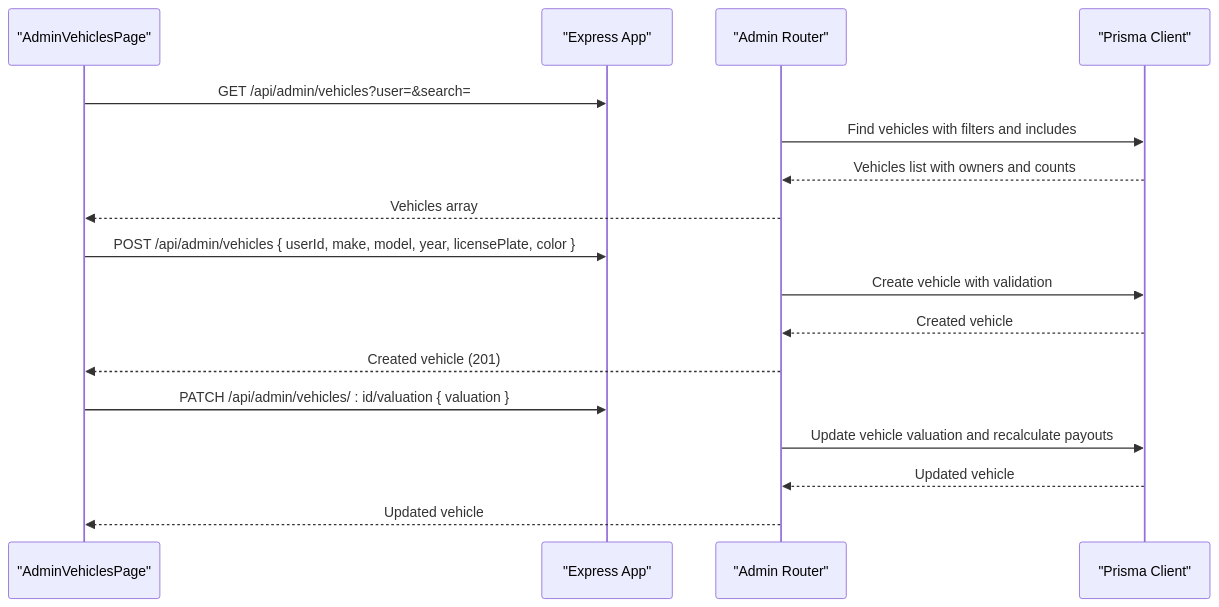
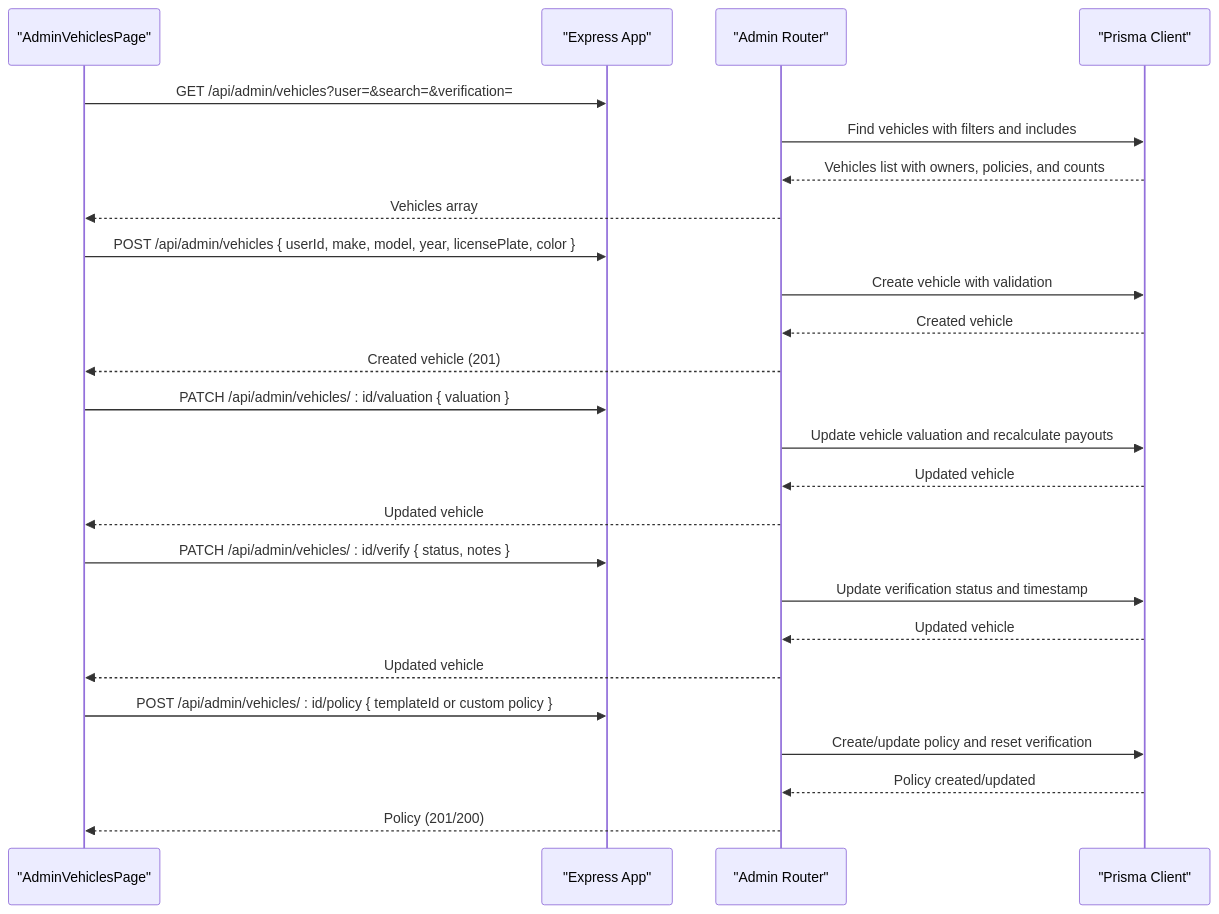
Before and after one commit to NaveenHiranya/Smart-Vehicle-Insurance-Claim-System: the sixth of 12 diagrams in .qoder/repowiki/en/content/Backend Documentation/API Endpoints Reference/Administrative Endpoints.md, drawn with Mermaid. The commit also changed other lines of this file and 21 other files, not shown here.

````diff
--- a/.qoder/repowiki/en/content/Backend Documentation/API Endpoints Reference/Administrative Endpoints.md
+++ b/.qoder/repowiki/en/content/Backend Documentation/API Endpoints Reference/Administrative Endpoints.md
@@ -287,19 +289,27 @@
 ```mermaid
 sequenceDiagram
 participant FE as "AdminVehiclesPage"
 participant API as "Express App"
 participant AR as "Admin Router"
 participant DB as "Prisma Client"
-FE->>API : GET /api/admin/vehicles?user=&search=
+FE->>API : GET /api/admin/vehicles?user=&search=&verification=
 AR->>DB : Find vehicles with filters and includes
-DB-->>AR : Vehicles list with owners and counts
+DB-->>AR : Vehicles list with owners, policies, and counts
 AR-->>FE : Vehicles array
 FE->>API : POST /api/admin/vehicles { userId, make, model, year, licensePlate, color }
 AR->>DB : Create vehicle with validation
 DB-->>AR : Created vehicle
 AR-->>FE : Created vehicle (201)
 FE->>API : PATCH /api/admin/vehicles/ : id/valuation { valuation }
 AR->>DB : Update vehicle valuation and recalculate payouts
 DB-->>AR : Updated vehicle
 AR-->>FE : Updated vehicle
+FE->>API : PATCH /api/admin/vehicles/ : id/verify { status, notes }
+AR->>DB : Update verification status and timestamp
+DB-->>AR : Updated vehicle
+AR-->>FE : Updated vehicle
+FE->>API : POST /api/admin/vehicles/ : id/policy { templateId or custom policy }
+AR->>DB : Create/update policy and reset verification
+DB-->>AR : Policy created/updated
+AR-->>FE : Policy (201/200)
 ```
````
